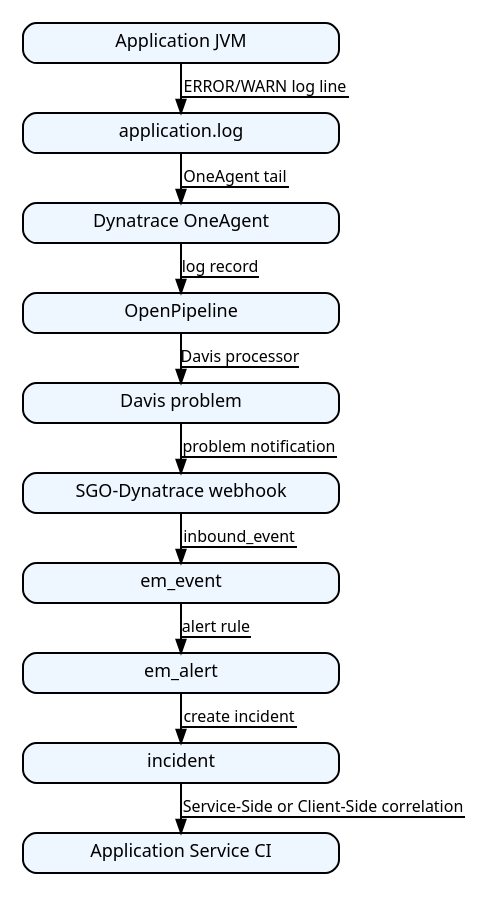
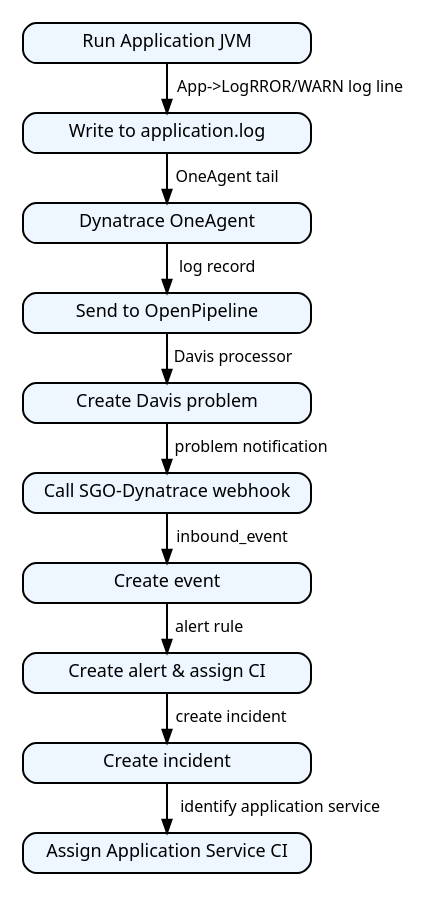
The first of 4 diagrams in servicenow/docs/Problem_to_Incident/Problem_to_Incident.adoc (gxbrooks/spark-observability), drawn with Graphviz before and after one commit. The commit also changed other lines of this file and 22 other files, not shown here.

First line of the commit message:
Move Spark app logs to node-local storage and document Davis bundling.

```diff
--- a/servicenow/docs/Problem_to_Incident/Problem_to_Incident.adoc
+++ b/servicenow/docs/Problem_to_Incident/Problem_to_Incident.adoc
@@ -109,29 +47,29 @@
 [graphviz, Log_to_Incident_end-to-end_data_flow]
 ----
 digraph end_to_end_flow {
   graph [rankdir=TB splines=line nodesep=0.14 ranksep=0.20 fontname="Noto Sans" fontsize=10]
-  node [shape=box style="rounded,filled" fillcolor="#eef6ff" fontname="Noto Sans" fontsize=9 width=2.2 fixedsize=true height=0.28]
-  edge [fontname="Noto Sans" fontsize=8 decorate=true labelangle=0 labeldistance=2.8 arrowsize=0.65]
+  node [shape=box style="rounded,filled" fillcolor="#eef6ff" fontname="Noto Sans" fontsize=9 width=2.0 fixedsize=true height=0.28]
+  edge [fontname="Noto Sans" fontsize=8 labelangle=0 labeldistance=8.8 arrowsize=0.65]
 
-  App [label="Application JVM"]
-  Log [label="application.log"]
+  App [label="Run Application JVM"]
+  Log [label="Write to application.log"]
   OA [label="Dynatrace OneAgent"]
-  OP [label="OpenPipeline"]
-  Davis [label="Davis problem"]
-  WH [label="SGO-Dynatrace webhook"]
-  EV [label="em_event"]
-  AL [label="em_alert"]
-  INC [label="incident"]
-  AS [label="Application Service CI"]
+  OP [label="Send to OpenPipeline"]
+  Davis [label="Create Davis problem"]
+  WH [label="Call SGO-Dynatrace webhook"]
+  EV [label="Create event"]
+  AL [label="Create alert & assign CI"]
+  INC [label="Create incident"]
+  AS [label="Assign Application Service CI"]
 
-  App -> Log [label="ERROR/WARN log line"]
-  Log -> OA [label="OneAgent tail"]
-  OA -> OP [label="log record"]
-  OP -> Davis [label="Davis processor"]
-  Davis -> WH [label="problem notification"]
-  WH -> EV [label="inbound_event"]
-  EV -> AL [label="alert rule"]
-  AL -> INC [label="create incident"]
-  INC -> AS [label="Service-Side or Client-Side correlation"]
+  App -> Log [label="\ \ \ERROR/WARN log line"]
+  Log -> OA [label="\ \ \OneAgent tail"]
+  OA -> OP [label="\ \ \ log record"]
+  OP -> Davis [label="\ \ \Davis processor"]
+  Davis -> WH [label="\ \ \problem notification"]
+  WH -> EV [label="\ \ \inbound_event"]
+  EV -> AL [label="\ \ \alert rule"]
+  AL -> INC [label="\ \ \create incident"]
+  INC -> AS [label="\ \ \ identify application service"]
 }
 ----
```
